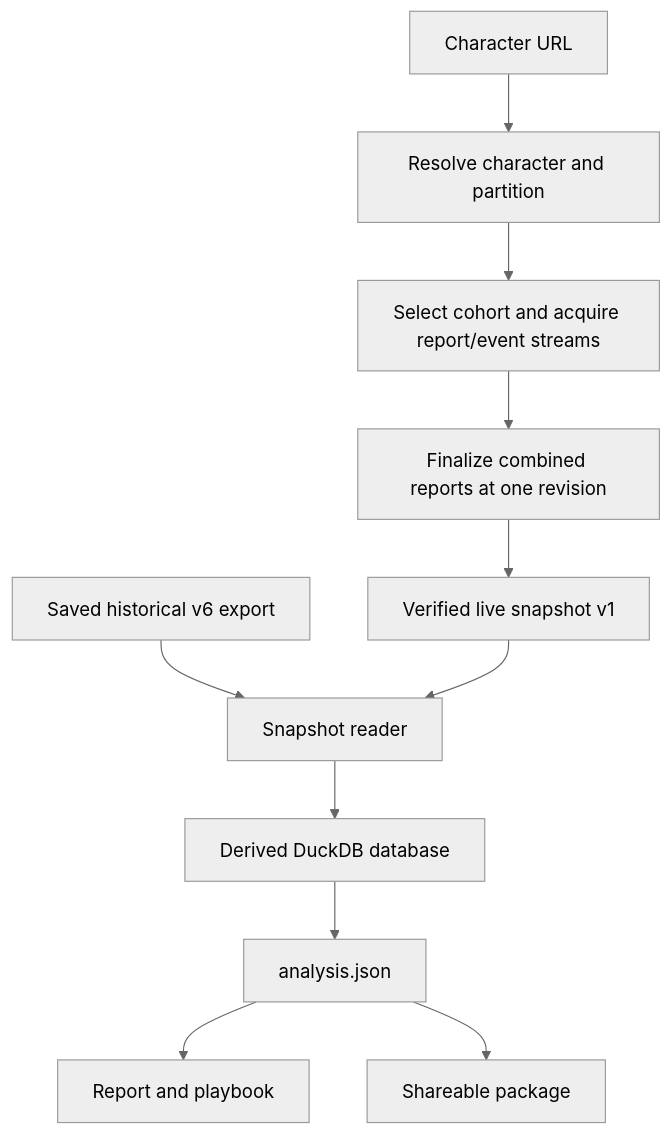
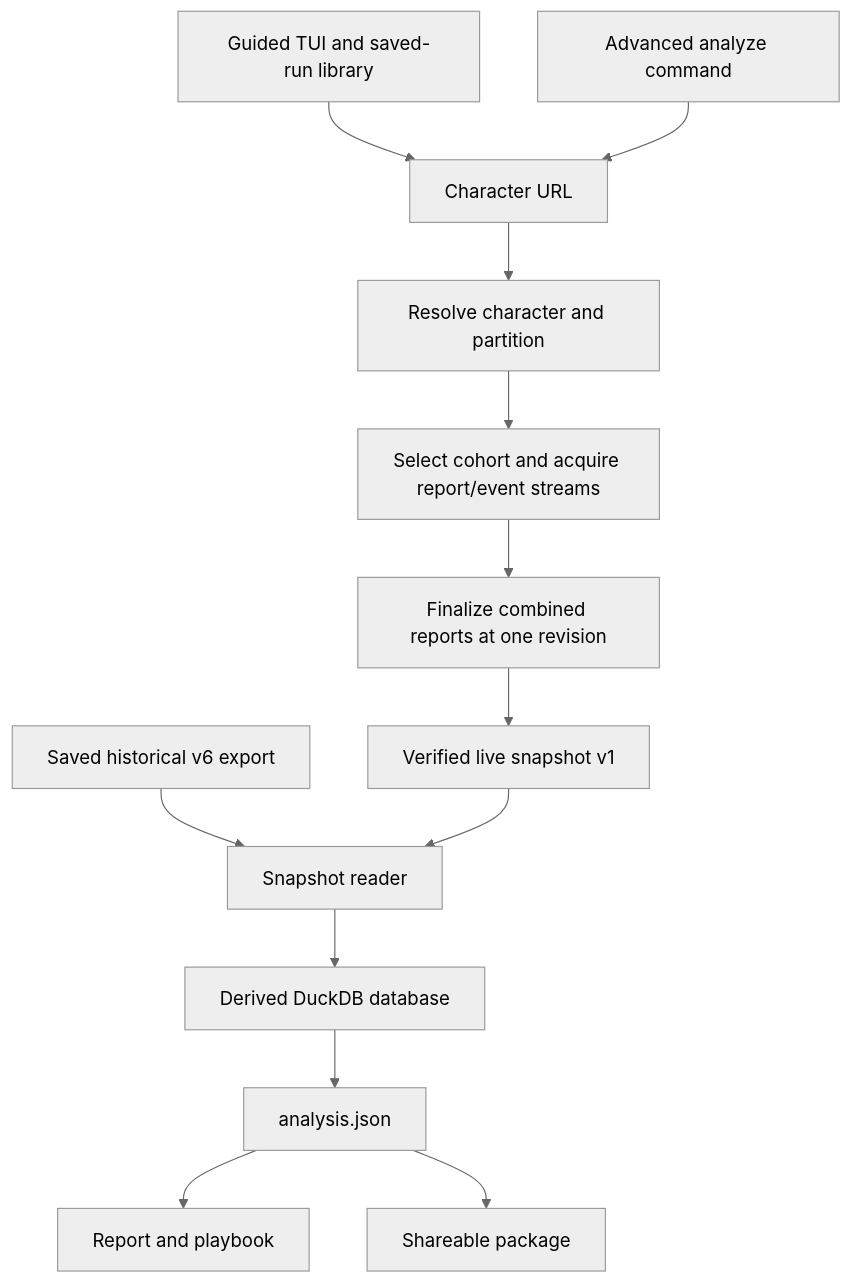
The diagram in docs/architecture.md (David-c0degeek/necropsy), drawn with Mermaid (neutral theme) before and after one commit. The commit also changed other lines of this file and 44 other files, not shown here.

Commit message:
Add guided TUI, saved-run recovery and cross-platform one-command installers

````diff
--- a/docs/architecture.md
+++ b/docs/architecture.md
@@ -25,13 +27,15 @@
 ```mermaid
 flowchart TD
-    URL[Character URL] --> Resolve[Resolve character and partition]
+    TUI[Guided TUI and saved-run library] --> URL[Character URL]
+    CLI[Advanced analyze command] --> URL
+    URL --> Resolve[Resolve character and partition]
     Resolve --> Acquire[Select cohort and acquire report/event streams]
     Acquire --> Finalize[Finalize combined reports at one revision]
     Finalize --> Live[Verified live snapshot v1]
     Historical[Saved historical v6 export] --> Reader[Snapshot reader]
     Live --> Reader
     Reader --> DB[Derived DuckDB database]
     DB --> JSON[analysis.json]
     JSON --> HTML[Report and playbook]
     JSON --> Package[Shareable package]
 ```
````
